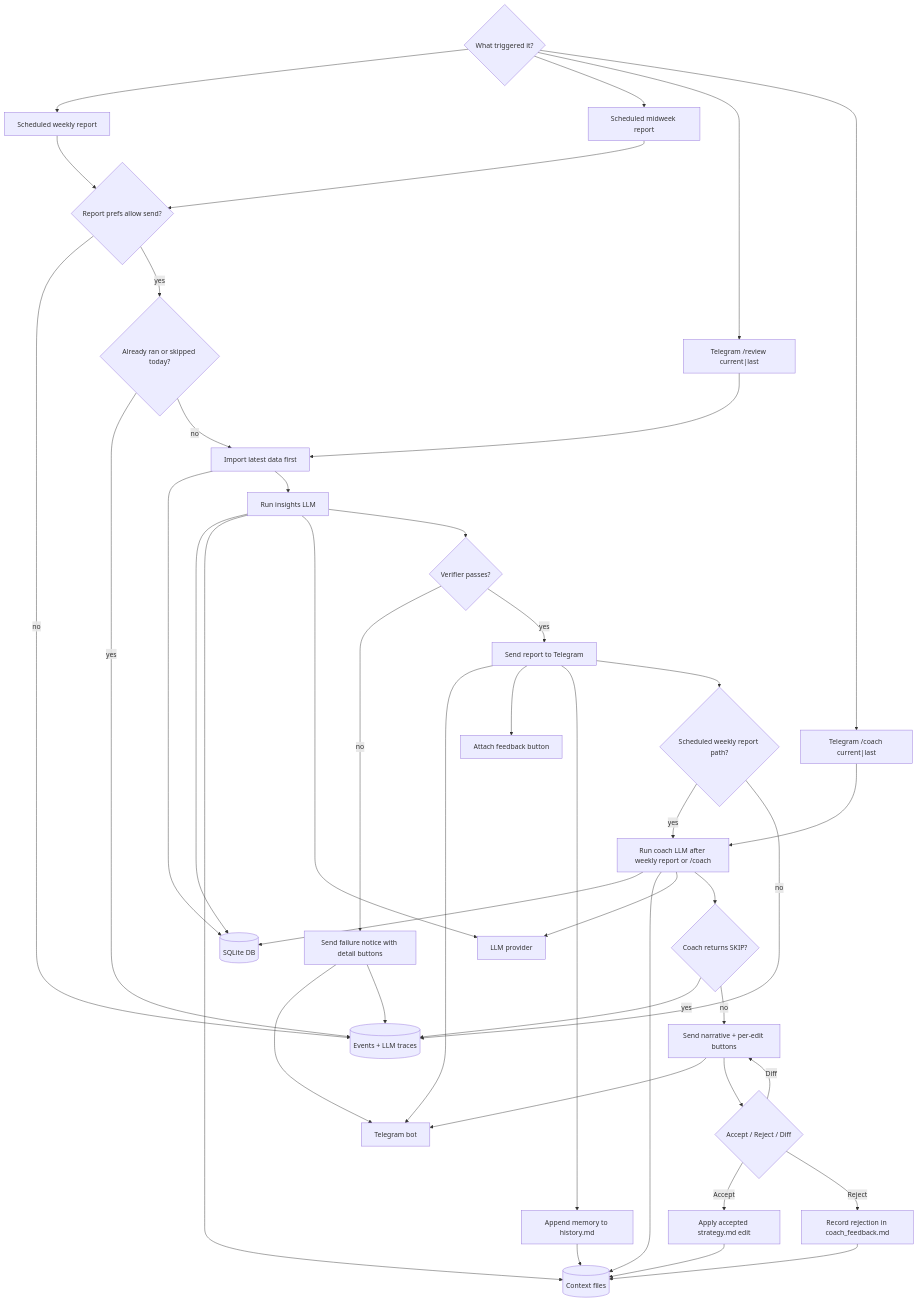
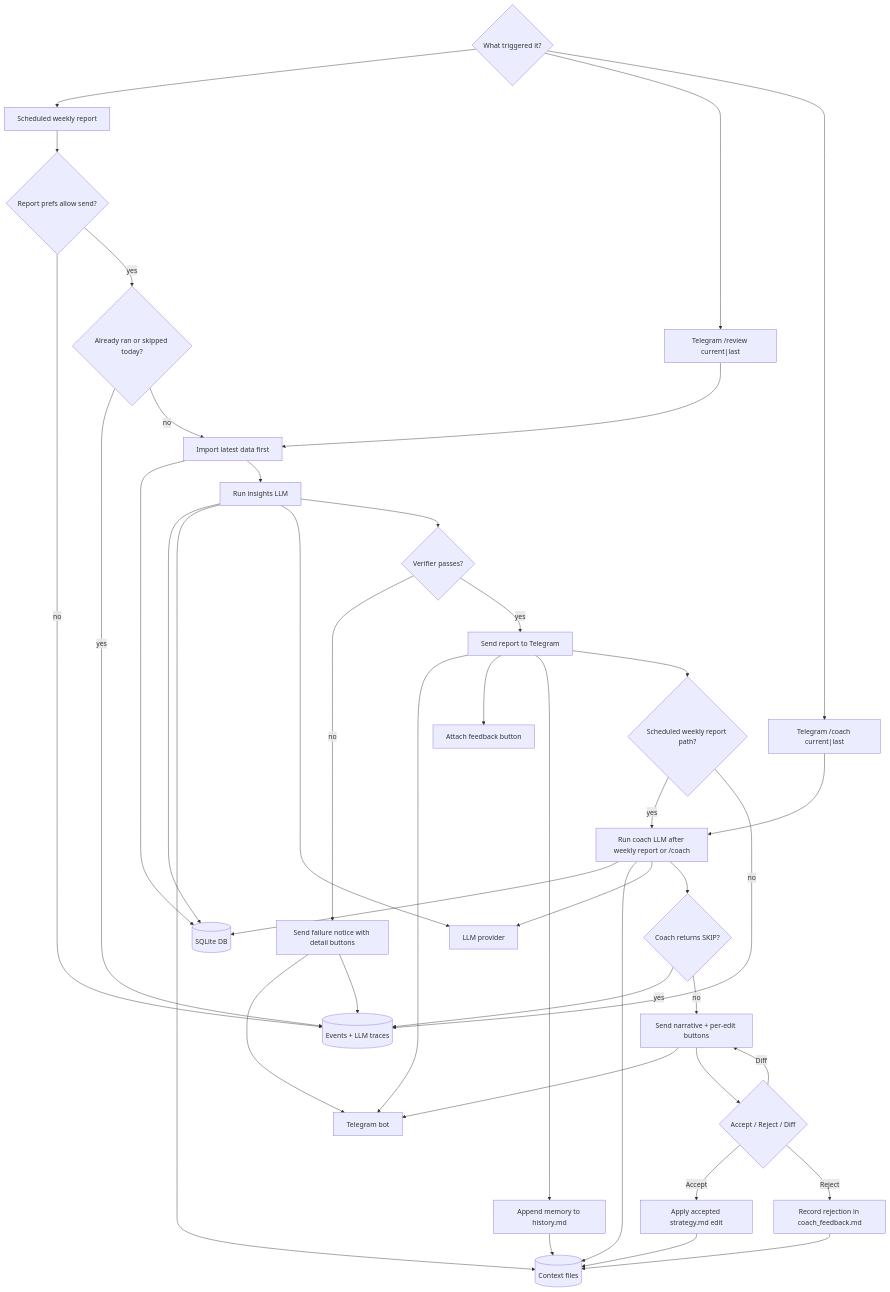
One commit to Alchemication/zdrowskit changed the fifth of 8 diagrams in docs/user-flow.md. Above: the diagram before and after it, drawn with Mermaid. The commit also changed 8 other files, not shown here.

First line of the commit message:
Drop the scheduled mid-week report

````diff
--- a/docs/user-flow.md
+++ b/docs/user-flow.md
@@ -234,72 +234,69 @@
 ```mermaid
 flowchart TD
     trigger{"What triggered it?"}
     weeklySchedule["Scheduled weekly report"]
-    midweekSchedule["Scheduled midweek report"]
     reviewCmd["Telegram /review current|last"]
     coachCmd["Telegram /coach current|last"]
     importData["Import latest data first"]
     prefs{"Report prefs allow send?"}
     already{"Already ran or skipped today?"}
     insights["Run insights LLM"]
     verify{"Verifier passes?"}
     sendReport["Send report to Telegram"]
     weeklyPath{"Scheduled weekly report path?"}
     memory["Append memory to history.md"]
     feedback["Attach feedback button"]
     coach["Run coach LLM after weekly report or /coach"]
     coachSkip{"Coach returns SKIP?"}
     bundle["Send narrative + per-edit buttons"]
     decision{"Accept / Reject / Diff"}
     apply["Apply accepted strategy.md edit"]
     reject["Record rejection in coach_feedback.md"]
     fail["Send failure notice with detail buttons"]
     db[(SQLite DB)]
     context[(Context files)]
     llm["LLM provider"]
     telegram["Telegram bot"]
     eventLog[(Events + LLM traces)]
 
     trigger --> weeklySchedule
-    trigger --> midweekSchedule
     trigger --> reviewCmd
     trigger --> coachCmd
     weeklySchedule --> prefs
-    midweekSchedule --> prefs
     reviewCmd --> importData
     prefs -- no --> eventLog
     prefs -- yes --> already
     already -- yes --> eventLog
     already -- no --> importData
     importData --> db
     importData --> insights
     insights --> db
     insights --> context
     insights --> llm
     insights --> verify
     verify -- no --> fail
     verify -- yes --> sendReport
     sendReport --> telegram
     sendReport --> feedback
     sendReport --> memory
     sendReport --> weeklyPath
     memory --> context
     weeklyPath -- yes --> coach
     weeklyPath -- no --> eventLog
     coachCmd --> coach
     coach --> db
     coach --> context
     coach --> llm
     coach --> coachSkip
     coachSkip -- yes --> eventLog
     coachSkip -- no --> bundle
     bundle --> telegram
     bundle --> decision
     decision -- Accept --> apply
     decision -- Reject --> reject
     decision -- Diff --> bundle
     apply --> context
     reject --> context
     fail --> telegram
     fail --> eventLog
 ```
````
